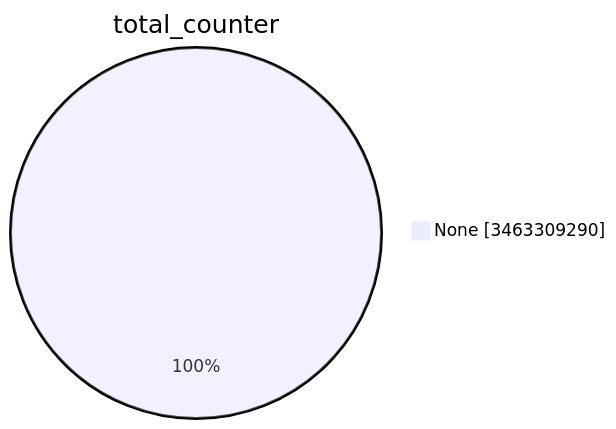
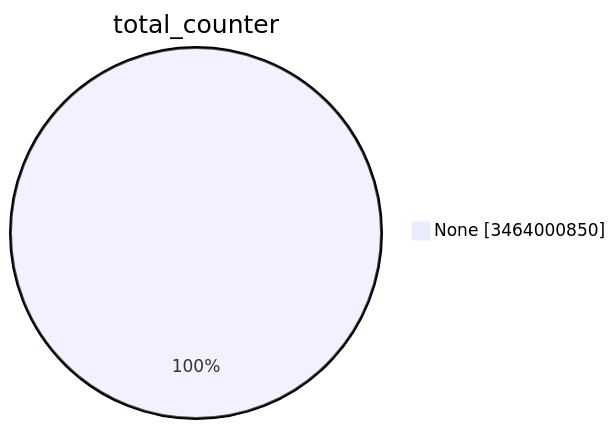
The first of 15 diagrams in TOTAL/README.md (christiankrug/ctmonitor_visualization), drawn with Mermaid before and after one commit. The commit also changed other lines of this file, not shown here.

````diff
--- a/TOTAL/README.md
+++ b/TOTAL/README.md
@@ -1,5 +1,5 @@
 ```mermaid
 pie showData
 title total_counter
-"None" :3463309290
+"None" :3464000850
 ```
````
